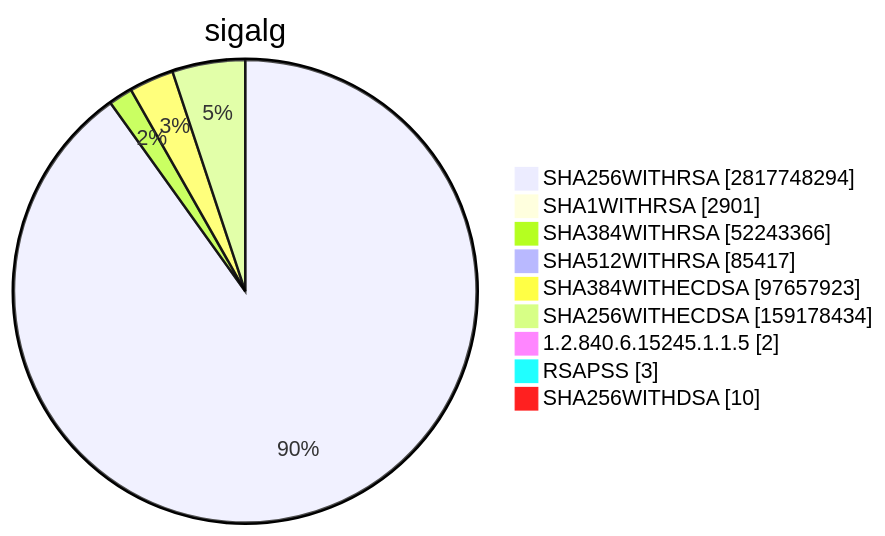
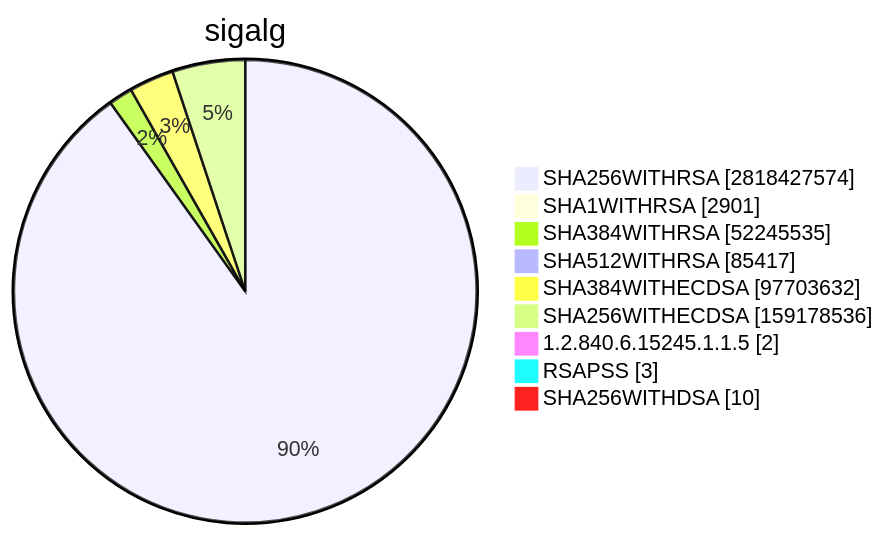
Before and after one commit to christiankrug/ctmonitor_visualization: diagram 15 of 15 in TOTAL/README.md, drawn with Mermaid. The commit also changed other lines of this file, not shown here.

````diff
--- a/TOTAL/README.md
+++ b/TOTAL/README.md
@@ -6205,13 +6205,13 @@
 ```mermaid
 pie showData
 title sigalg
-"SHA256WITHRSA" :2817748294
+"SHA256WITHRSA" :2818427574
 "SHA1WITHRSA" :2901
-"SHA384WITHRSA" :52243366
+"SHA384WITHRSA" :52245535
 "SHA512WITHRSA" :85417
-"SHA384WITHECDSA" :97657923
-"SHA256WITHECDSA" :159178434
+"SHA384WITHECDSA" :97703632
+"SHA256WITHECDSA" :159178536
 "1.2.840.6.15245.1.1.5" :2
 "RSAPSS" :3
 "SHA256WITHDSA" :10
 ```
````
